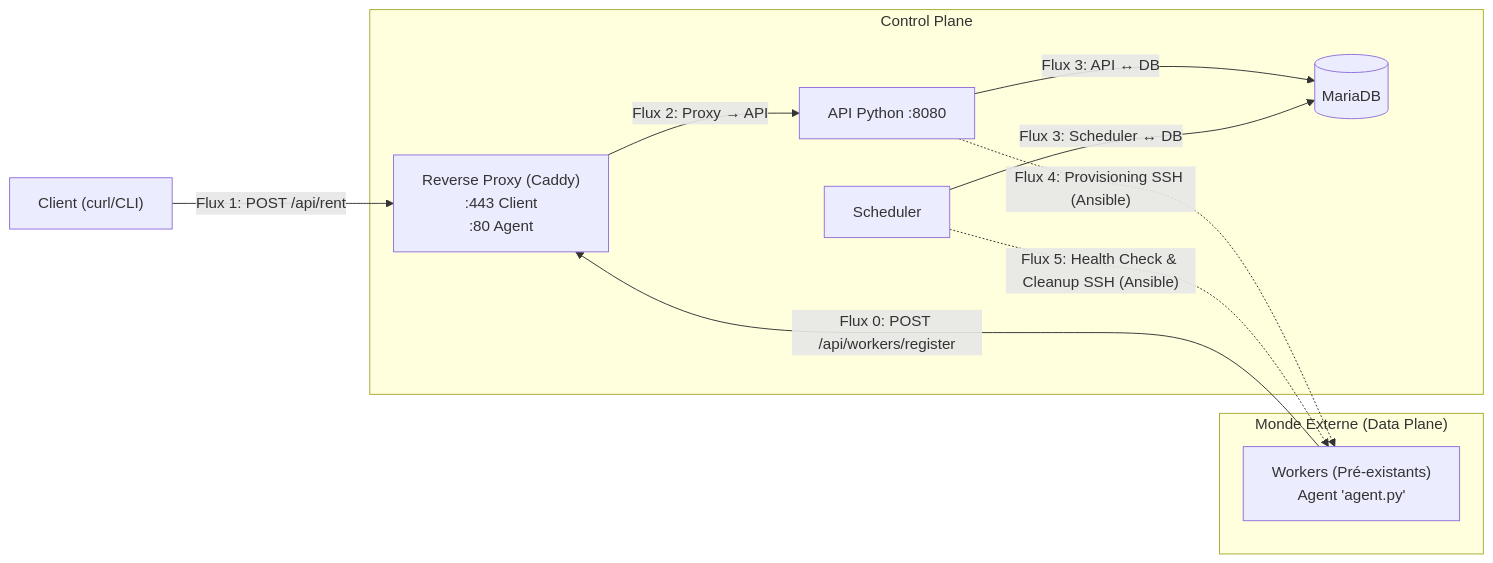
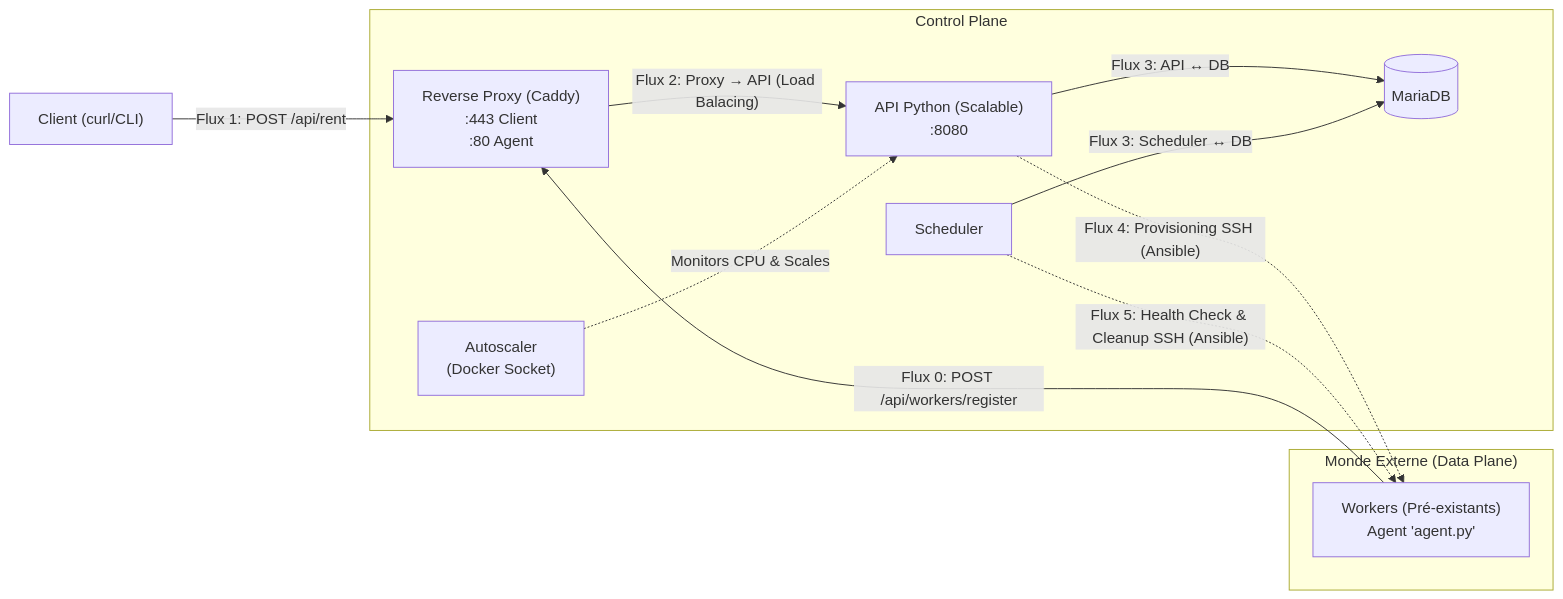
The diagram in README.md (TedBarbier/projet_deploiement), drawn with Mermaid before and after one commit. The commit also changed other lines of this file and 22 other files, not shown here.

````diff
--- a/README.md
+++ b/README.md
@@ -33,24 +34,26 @@
 ```mermaid
 flowchart LR
     Client["Client (curl/CLI)"]
 
     subgraph DATA["Monde Externe (Data Plane)"]
         Worker["Workers (Pré-existants)<br/>Agent 'agent.py'"]
     end
 
     subgraph CONTROL["Control Plane"]
         RP["Reverse Proxy (Caddy)<br/>:443 Client<br/>:80 Agent"]
-        API["API Python :8080"]
+        API["API Python (Scalable)<br/>:8080"]
+        AS["Autoscaler<br/>(Docker Socket)"]
         SCHED["Scheduler"]
         DB[(MariaDB)]
     end
 
     %% Flux
     Worker -- "Flux 0: POST /api/workers/register" --> RP
     Client -->|"Flux 1: POST /api/rent" | RP
-    RP -->|"Flux 2: Proxy → API" | API
+    RP -->|"Flux 2: Proxy → API (Load Balacing)" | API
     API -->|"Flux 3: API ↔ DB" | DB
     SCHED -->|"Flux 3: Scheduler ↔ DB" | DB
+    AS -.->|"Monitors CPU & Scales"| API
     API -.->|"Flux 4: Provisioning SSH (Ansible)" | Worker
     SCHED -.->|"Flux 5: Health Check & Cleanup SSH (Ansible)" | Worker
 ```
````
